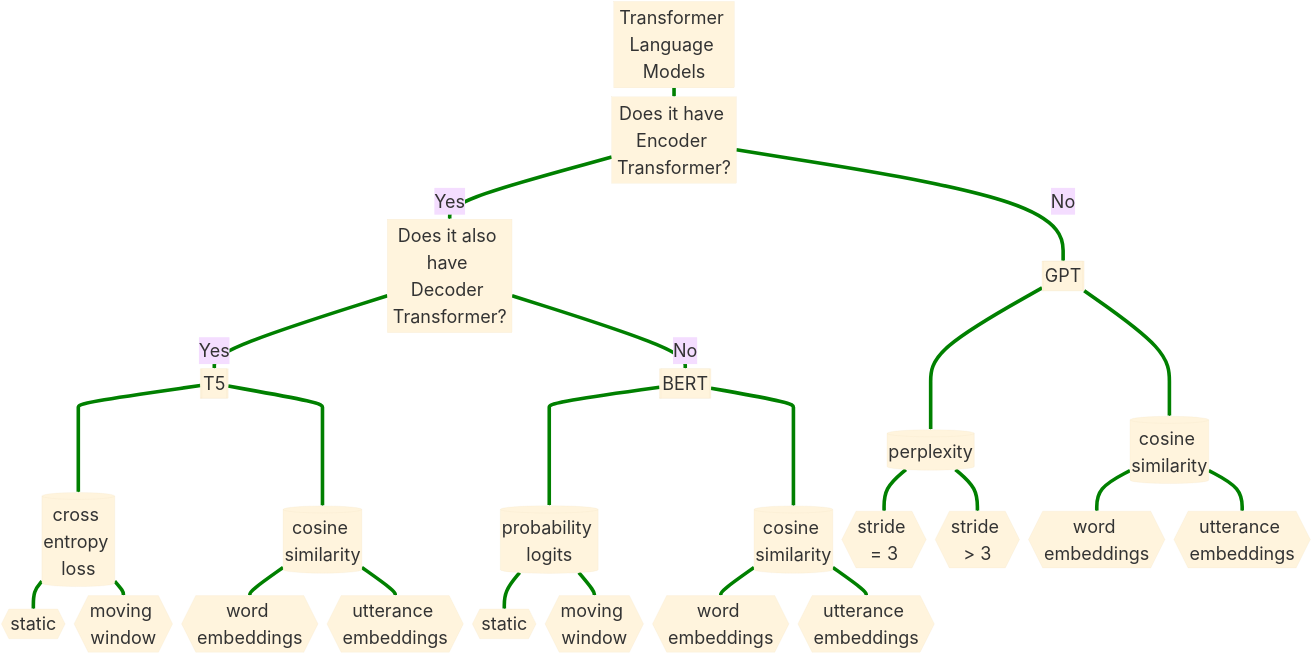
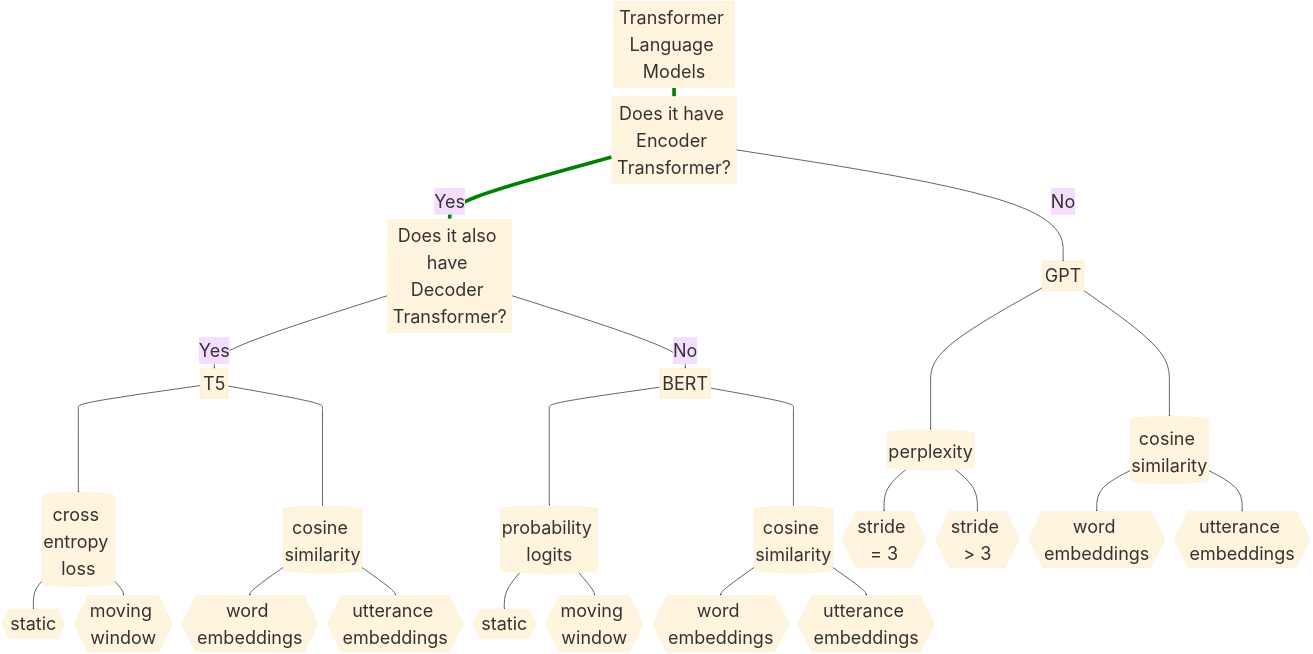
Before and after one commit to yancong222/SSD-LM-STanglab: the diagram in README.md, drawn with Mermaid.

````diff
--- a/README.md
+++ b/README.md
@@ -4,29 +4,31 @@
 ```mermaid
 %%{init: {'theme': 'base', 'themeVariables': { 'fontSize': '100px'}}}%%
 flowchart TD
     A[Transformer Language Models] ==> B[Does it have Encoder Transformer?]
     B == Yes ==> C[Does it also have Decoder Transformer?]
     C == Yes ==> D[[T5]] ====> G[(cross entropy loss)]
     G ==> J{{static}}
     G ==> K{{moving window}}
     D ====> P[(cosine similarity)]
     P ==> Q{{word embeddings}}
     P ==> R{{utterance embeddings}}
     C == No ==> E[[BERT]] ====> H[(probability logits)]
     H ==> L{{static}}
     H ==> M{{moving window}}
     E ====> S[(cosine similarity)]
     S ==> T{{word embeddings}}
     S ==> U{{utterance embeddings}}
     B == No ==> F[[GPT]] ====> I[(perplexity)]
     I ==> N{{stride = 3}}
     I ==> O{{stride > 3}}
     F ====> V[(cosine similarity)]
     V ==> W{{word embeddings}}
     V ==> X{{utterance embeddings}}
     click A "https://github.com/yancong222/scriptscz/blob/main/perplexity/ed_perplexity.py" _blank
     click B "http://www.github.com" "Open this in a new tab" _blank
     click C href "http://www.github.com" _blank
     click D href "http://www.github.com" "Open this in a new tab" _blank
-    linkStyle default stroke-width:20px,fill:none,stroke:green;
+    linkStyle 0 stroke-width:20px,fill:none,stroke:green;
+    linkStyle 1 stroke-width:20px,fill:none,stroke:green;
+    
 ```
````
